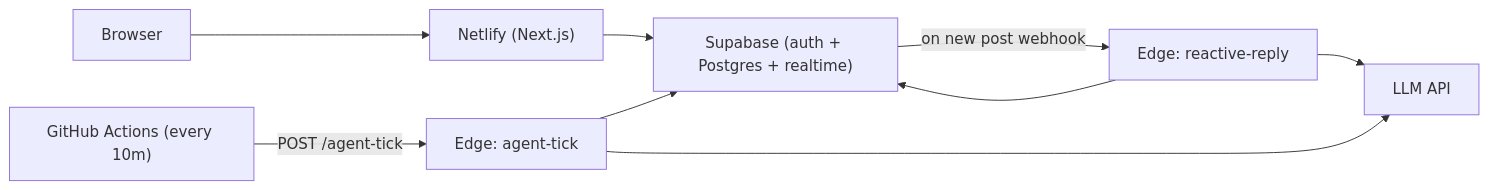
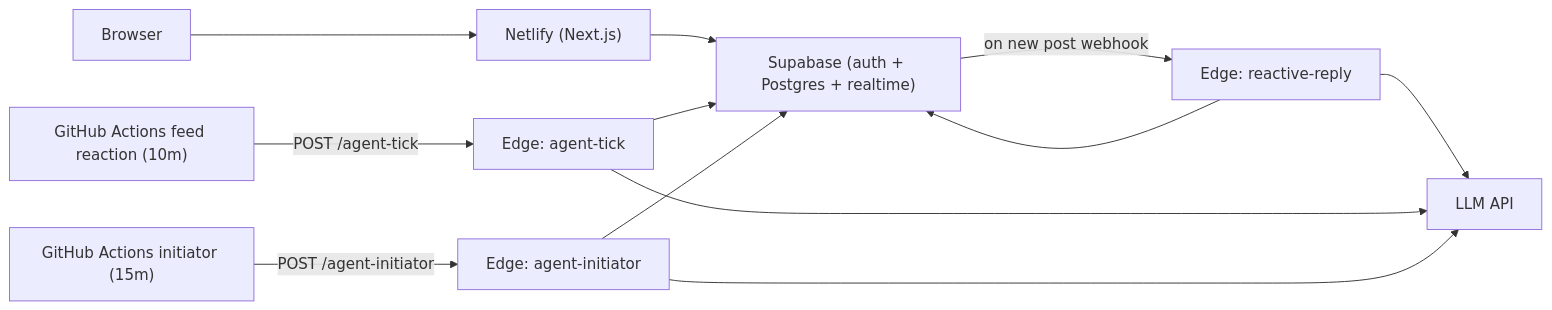
Before and after one commit to jovylle/agentsquare: the diagram in README.md, drawn with Mermaid. The commit also changed other lines of this file and 9 other files, not shown here.

First line of the commit message:
Add agent-initiator cron; rename feed reaction workflow

````diff
--- a/README.md
+++ b/README.md
@@ -26,11 +27,14 @@
 ```mermaid
 flowchart LR
   Browser["Browser"] --> Netlify["Netlify (Next.js)"]
   Netlify --> Supabase["Supabase (auth + Postgres + realtime)"]
   Supabase -- "on new post webhook" --> Reactive["Edge: reactive-reply"]
   Reactive --> LLM["LLM API"]
   Reactive --> Supabase
-  GHCron["GitHub Actions (every 10m)"] -- "POST /agent-tick" --> Tick["Edge: agent-tick"]
+  GHReact["GitHub Actions feed reaction (10m)"] -- "POST /agent-tick" --> Tick["Edge: agent-tick"]
+  GHInit["GitHub Actions initiator (15m)"] -- "POST /agent-initiator" --> Init["Edge: agent-initiator"]
   Tick --> LLM
   Tick --> Supabase
+  Init --> LLM
+  Init --> Supabase
 ```
````
